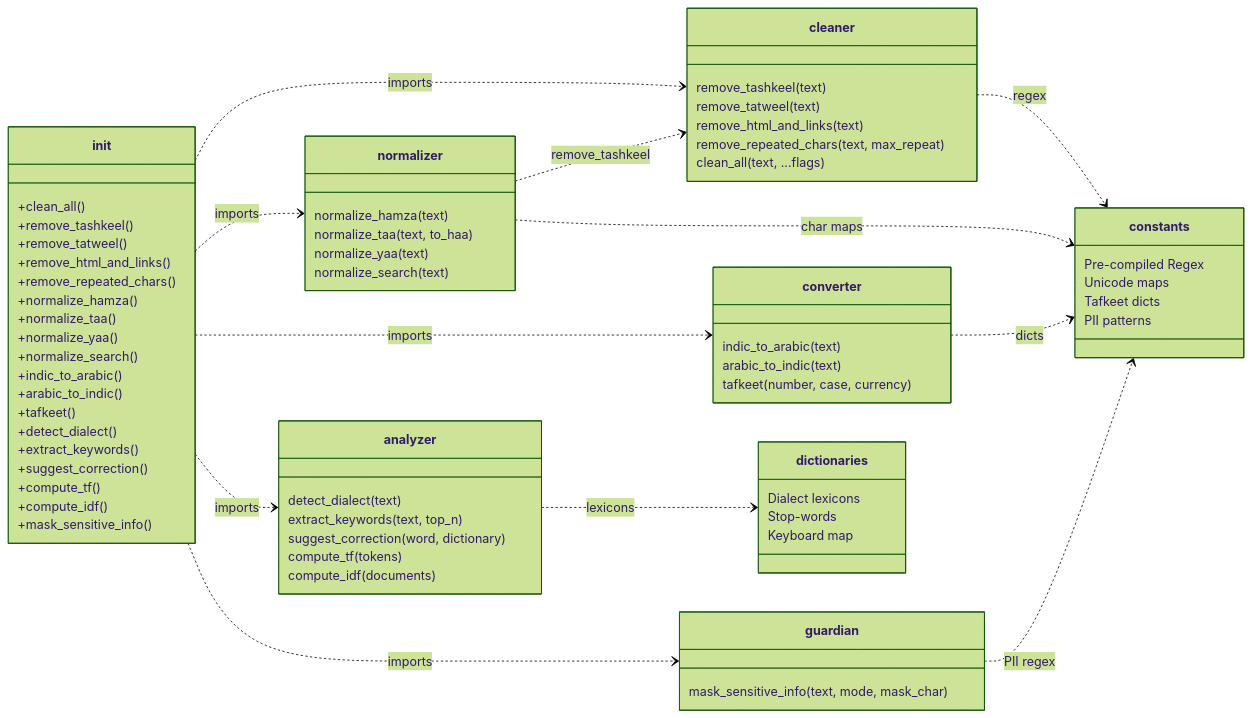
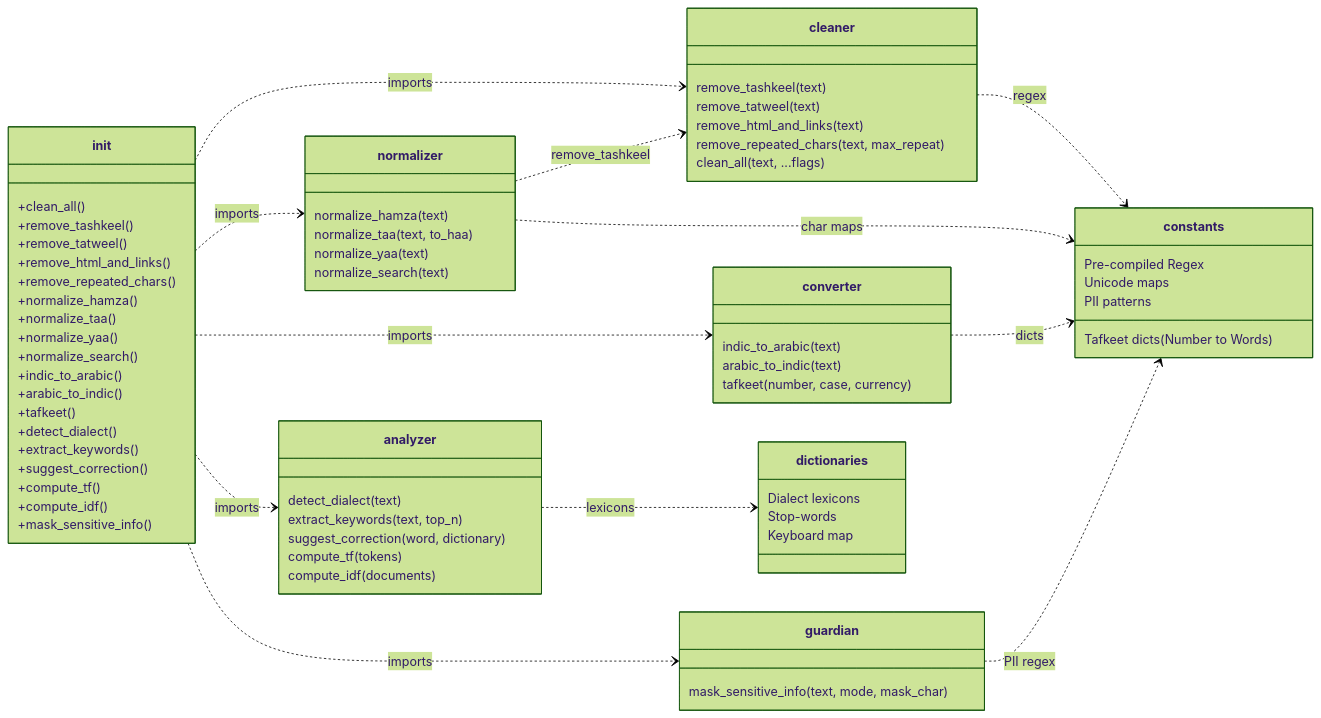
The first of 4 diagrams in README.md (mralwaleed/SahlNLP), drawn with Mermaid (forest theme) before and after one commit. The commit also changed other lines of this file and 1 other file, not shown here.

Commit message:
docs: rename tafkeet to Number to Words in documentation

```diff
--- a/README.md
+++ b/README.md
@@ -130,7 +130,7 @@
     class constants {
         Pre-compiled Regex
         Unicode maps
-        Tafkeet dicts
+        Tafkeet dicts (Number to Words)
         PII patterns
     }
 
```
